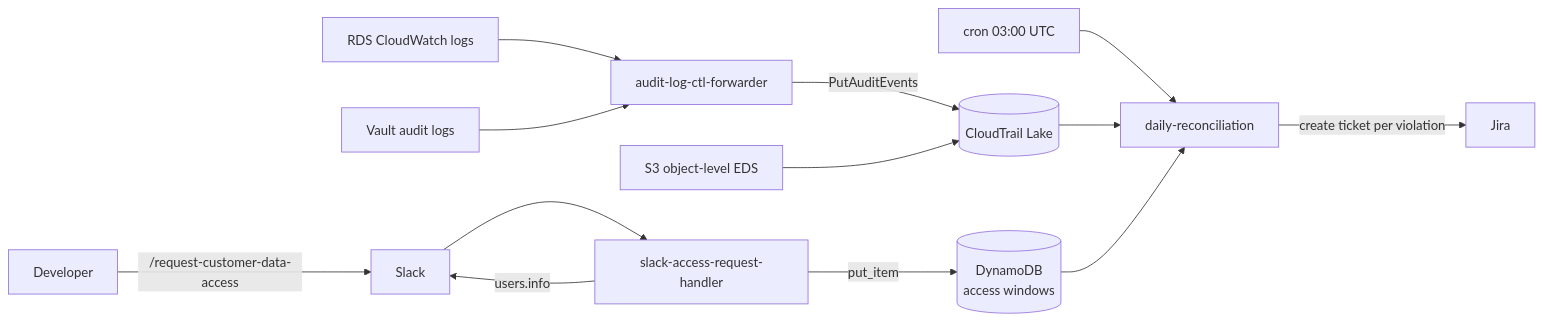
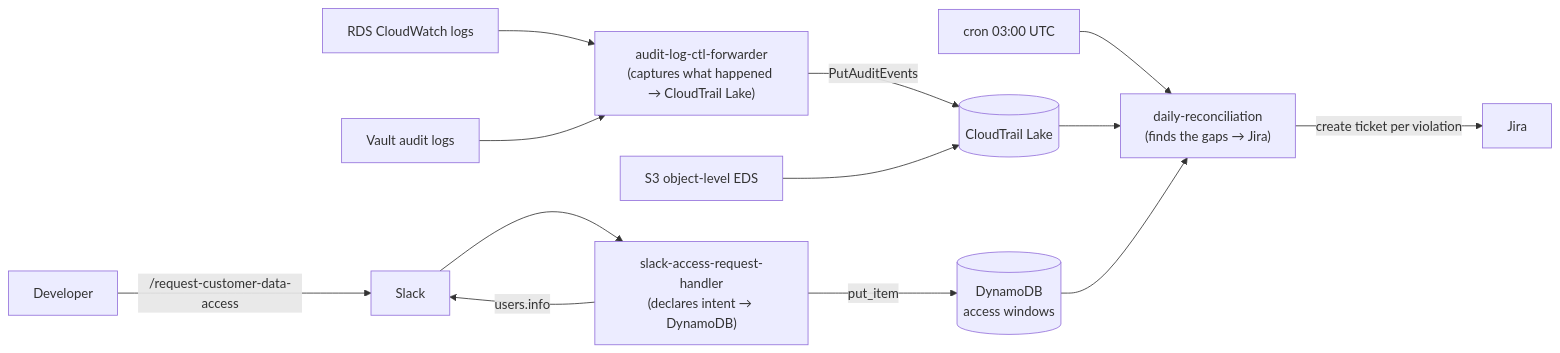
One commit to felipeloha/compliance changed the diagram in blog-posts/post-03-cdaa.md. Above: the diagram before and after it, drawn with Mermaid. The commit also changed other lines of this file, not shown here.

Commit message:
Refactor compliance documentation: clarify the problem statement, enhance the explanation of access control gaps, and improve the description of the system's approach to incident response and audit trails.

````diff
--- a/blog-posts/post-03-cdaa.md
+++ b/blog-posts/post-03-cdaa.md
@@ -29,17 +47,17 @@
 ```mermaid
 flowchart LR
     Dev[Developer] -->|/request-customer-data-access| Slack
-    Slack --> Handler[slack-access-request-handler]
+    Slack --> Handler["slack-access-request-handler\n(declares intent → DynamoDB)"]
     Handler -->|users.info| Slack
     Handler -->|put_item| DDB[(DynamoDB\naccess windows)]
 
-    RDS[RDS CloudWatch logs] --> Forwarder[audit-log-ctl-forwarder]
+    RDS[RDS CloudWatch logs] --> Forwarder["audit-log-ctl-forwarder\n(captures what happened → CloudTrail Lake)"]
     Vault[Vault audit logs] --> Forwarder
     Forwarder -->|PutAuditEvents| CTL[(CloudTrail Lake)]
     S3[S3 object-level EDS] --> CTL
 
-    Cron[cron 03:00 UTC] --> Recon[daily-reconciliation]
+    Cron[cron 03:00 UTC] --> Recon["daily-reconciliation\n(finds the gaps → Jira)"]
     CTL --> Recon
     DDB --> Recon
     Recon -->|create ticket per violation| Jira
 ```
````
